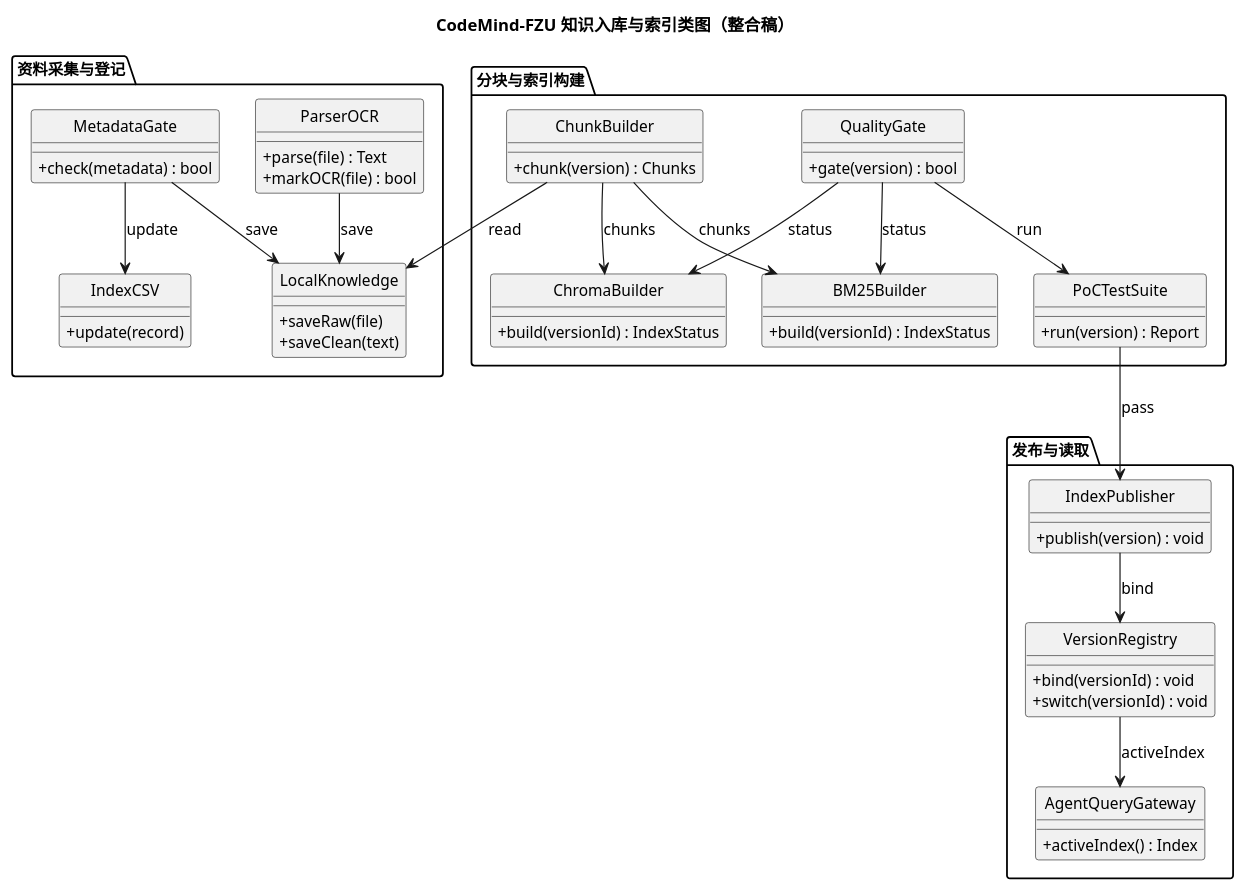
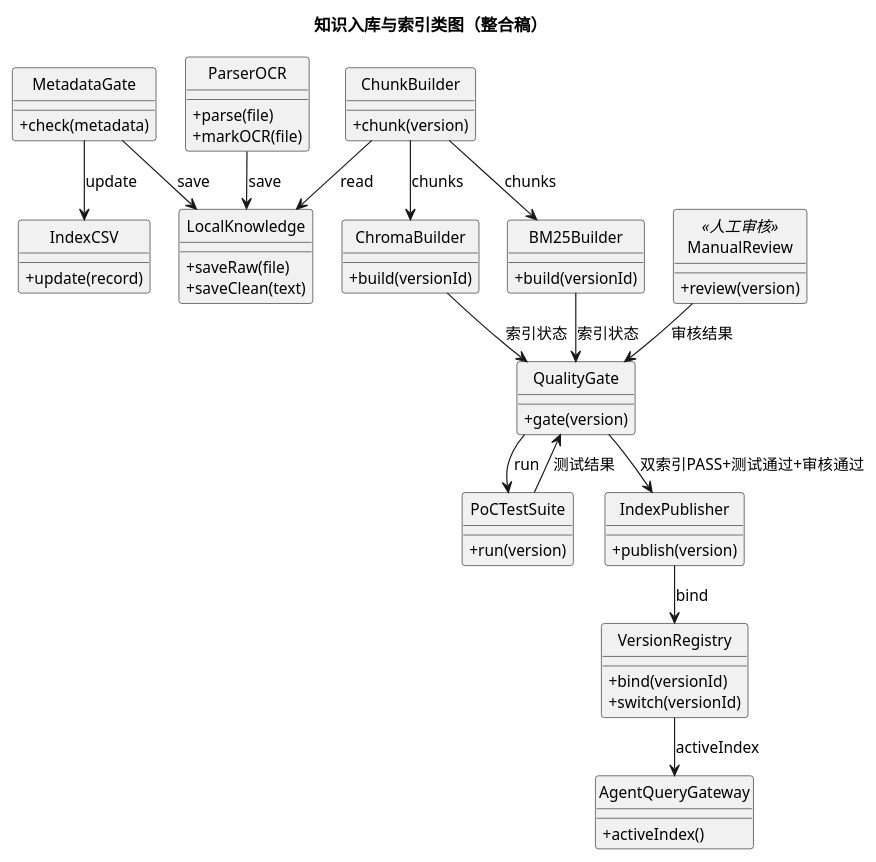
One commit to yz-Yezi-Genm/CodeMind-FZU changed the diagram in docs/assignment-02/system-design/diagrams/uml/class/服务类图_知识入库_整合稿_v1.puml. Above: the diagram before and after it, drawn with PlantUML. The commit also changed 20 other files, not shown here.

First line of the commit message:
docs(system-design): 修复四张图设计一致性并统一交付文件名

```diff
--- a/docs/assignment-02/system-design/diagrams/uml/class/服务类图_知识入库_整合稿_v1.puml
+++ b/docs/assignment-02/system-design/diagrams/uml/class/服务类图_知识入库_整合稿_v1.puml
@@ -1,71 +1,68 @@
 @startuml
 skinparam defaultFontName "Microsoft YaHei"
 skinparam defaultFontSize 13
 skinparam classAttributeIconSize 0
-skinparam nodesep 30
-skinparam ranksep 40
+skinparam nodesep 24
+skinparam ranksep 30
 hide circle
-title CodeMind-FZU 知识入库与索引类图（整合稿）
+title 知识入库与索引类图（整合稿）
 
-package "资料采集与登记" {
-  class MetadataGate {
-    + check(metadata) : bool
-  }
-  class ParserOCR {
-    + parse(file) : Text
-    + markOCR(file) : bool
-  }
-  class LocalKnowledge {
-    + saveRaw(file)
-    + saveClean(text)
-  }
-  class IndexCSV {
-    + update(record)
-  }
+class MetadataGate {
+  + check(metadata)
 }
-
-package "分块与索引构建" {
-  class ChunkBuilder {
-    + chunk(version) : Chunks
-  }
-  class ChromaBuilder {
-    + build(versionId) : IndexStatus
-  }
-  class BM25Builder {
-    + build(versionId) : IndexStatus
-  }
-  class QualityGate {
-    + gate(version) : bool
-  }
-  class PoCTestSuite {
-    + run(version) : Report
-  }
+class ParserOCR {
+  + parse(file)
+  + markOCR(file)
 }
-
-package "发布与读取" {
-  class IndexPublisher {
-    + publish(version) : void
-  }
-  class VersionRegistry {
-    + bind(versionId) : void
-    + switch(versionId) : void
-  }
-  class AgentQueryGateway {
-    + activeIndex() : Index
-  }
+class LocalKnowledge {
+  + saveRaw(file)
+  + saveClean(text)
+}
+class IndexCSV {
+  + update(record)
+}
+class ChunkBuilder {
+  + chunk(version)
+}
+class ChromaBuilder {
+  + build(versionId)
+}
+class BM25Builder {
+  + build(versionId)
+}
+class QualityGate {
+  + gate(version)
+}
+class PoCTestSuite {
+  + run(version)
+}
+class ManualReview <<人工审核>> {
+  + review(version)
+}
+class IndexPublisher {
+  + publish(version)
+}
+class VersionRegistry {
+  + bind(versionId)
+  + switch(versionId)
+}
+class AgentQueryGateway {
+  + activeIndex()
 }
 
 MetadataGate --> LocalKnowledge : save
 ParserOCR --> LocalKnowledge : save
 MetadataGate --> IndexCSV : update
 ChunkBuilder --> LocalKnowledge : read
 ChunkBuilder --> ChromaBuilder : chunks
 ChunkBuilder --> BM25Builder : chunks
-QualityGate --> ChromaBuilder : status
-QualityGate --> BM25Builder : status
+ChromaBuilder --> QualityGate : 索引状态
+BM25Builder --> QualityGate : 索引状态
 QualityGate --> PoCTestSuite : run
-PoCTestSuite --> IndexPublisher : pass
+PoCTestSuite --> QualityGate : 测试结果
+ManualReview --> QualityGate : 审核结果
+QualityGate --> IndexPublisher : 双索引PASS+测试通过+审核通过
 IndexPublisher --> VersionRegistry : bind
 VersionRegistry --> AgentQueryGateway : activeIndex
 
 @enduml
```
